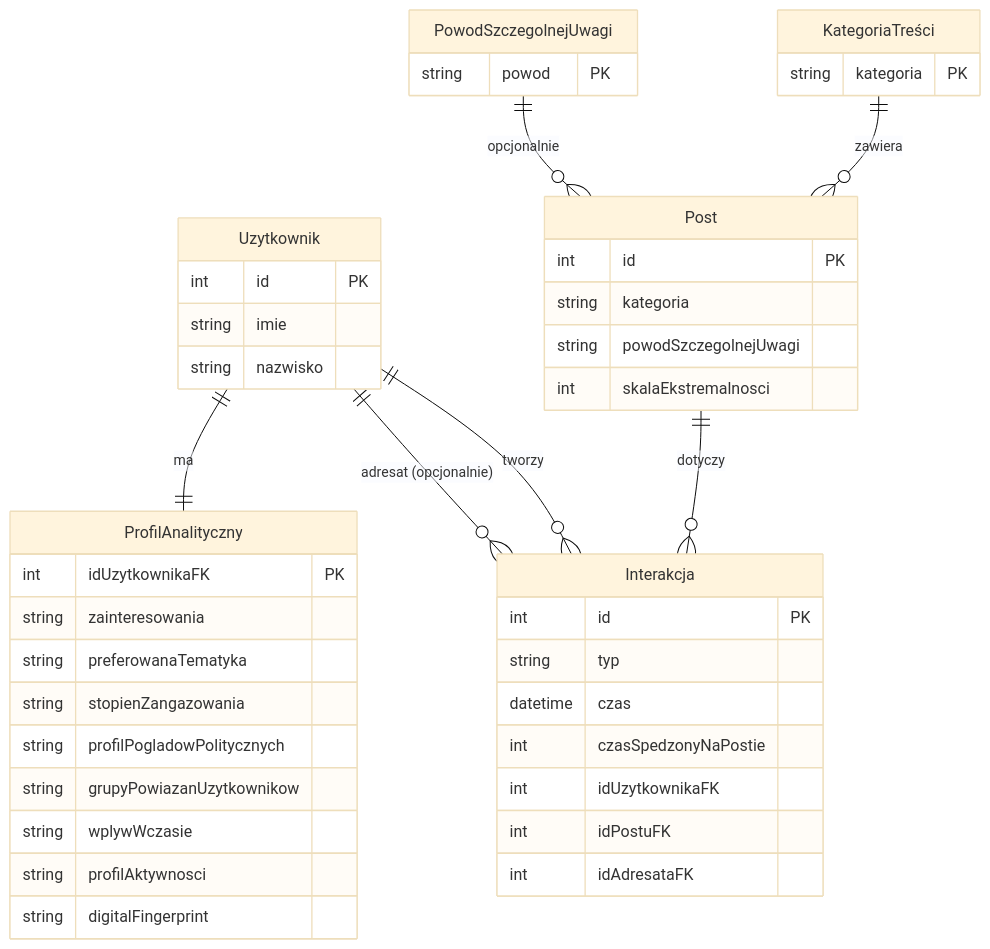
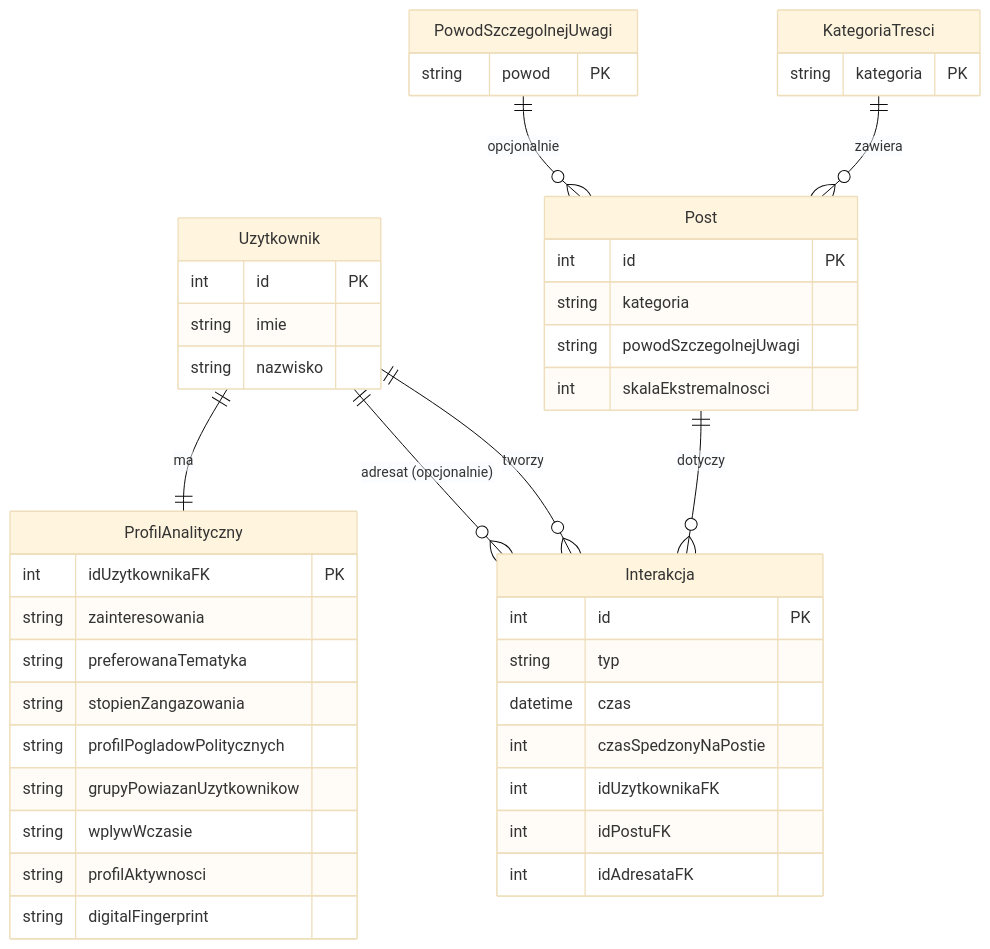
Before and after one commit to ambroz-D-1/bazy-projekt: the first of 2 diagrams in README.md, drawn with Mermaid (base theme). The commit also changed other lines of this file and 24 other files, not shown here.

Commit message:
feat: implement OBDN database schema alongside PEGASUS

````diff
--- a/README.md
+++ b/README.md
@@ -62,52 +89,52 @@
 ```mermaid
 erDiagram
   Uzytkownik {
     int id PK
     string imie
     string nazwisko
   }
 
   Post {
     int id PK
     string kategoria
     string powodSzczegolnejUwagi
     int skalaEkstremalnosci
   }
 
   Interakcja {
     int id PK
     string typ
     datetime czas
     int czasSpedzonyNaPostie
     int idUzytkownikaFK
     int idPostuFK
     int idAdresataFK
   }
 
   ProfilAnalityczny {
     int idUzytkownikaFK PK
     string zainteresowania
     string preferowanaTematyka
     string stopienZangazowania
     string profilPogladowPolitycznych
     string grupyPowiazanUzytkownikow
     string wplywWczasie
     string profilAktywnosci
     string digitalFingerprint
   }
 
-  KategoriaTreści {
+  KategoriaTresci {
     string kategoria PK
   }
 
   PowodSzczegolnejUwagi {
     string powod PK
   }
 
-  KategoriaTreści ||--o{ Post : "zawiera"
+  KategoriaTresci ||--o{ Post : "zawiera"
   PowodSzczegolnejUwagi ||--o{ Post : "opcjonalnie"
   Uzytkownik ||--o{ Interakcja : "tworzy"
   Post ||--o{ Interakcja : "dotyczy"
   Uzytkownik ||--o{ Interakcja : "adresat (opcjonalnie)"
   Uzytkownik ||--|| ProfilAnalityczny : "ma"
 ```
````
